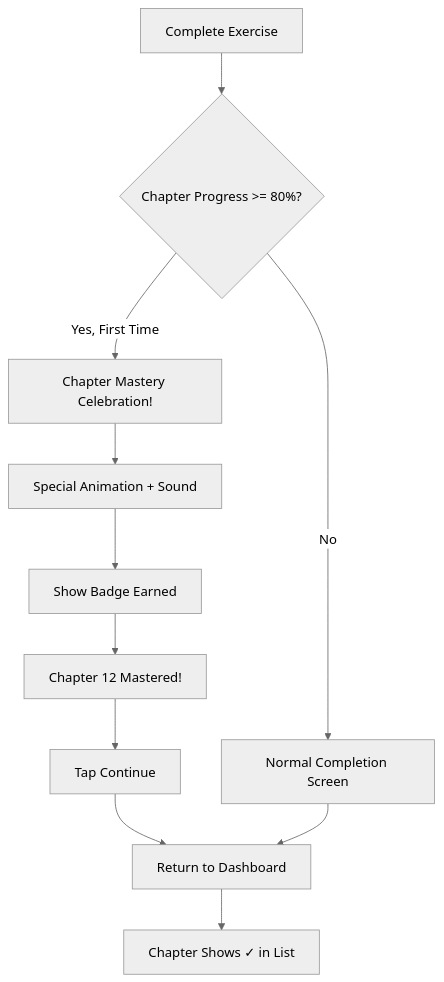
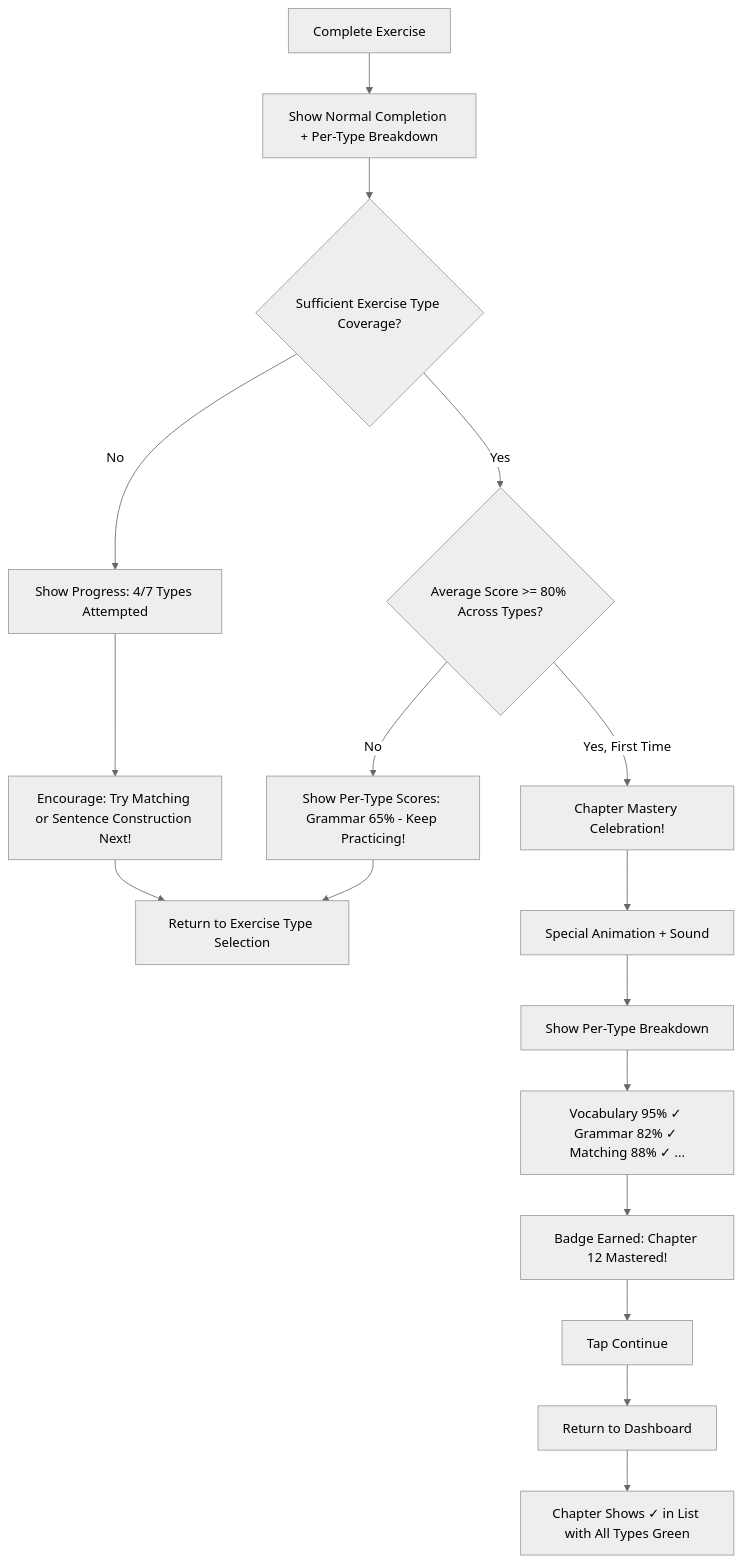
Before and after one commit to max8989/dangdai-app: the fourth of 5 diagrams in _bmad-output/planning-artifacts/ux-design-specification.md, drawn with Mermaid (neutral theme). The commit also changed other lines of this file, not shown here.

````diff
--- a/_bmad-output/planning-artifacts/ux-design-specification.md
+++ b/_bmad-output/planning-artifacts/ux-design-specification.md
@@ -683,13 +735,19 @@
 ```mermaid
 flowchart TD
-    A[Complete Exercise] --> B{Chapter Progress >= 80%?}
-    B -->|No| C[Normal Completion Screen]
-    B -->|Yes, First Time| D[Chapter Mastery Celebration!]
-    D --> E[Special Animation + Sound]
-    E --> F[Show Badge Earned]
-    F --> G[Chapter 12 Mastered!]
-    G --> H[Tap Continue]
-    H --> I[Return to Dashboard]
-    C --> I
-    I --> J[Chapter Shows ✓ in List]
+    A[Complete Exercise] --> B[Show Normal Completion + Per-Type Breakdown]
+    B --> C{Sufficient Exercise Type Coverage?}
+    C -->|No| D[Show Progress: 4/7 Types Attempted]
+    C -->|Yes| E{Average Score >= 80% Across Types?}
+    D --> F[Encourage: Try Matching or Sentence Construction Next!]
+    F --> G[Return to Exercise Type Selection]
+    E -->|No| H[Show Per-Type Scores: Grammar 65% - Keep Practicing!]
+    H --> G
+    E -->|Yes, First Time| I[Chapter Mastery Celebration!]
+    I --> J[Special Animation + Sound]
+    J --> K[Show Per-Type Breakdown]
+    K --> L[Vocabulary 95% ✓ Grammar 82% ✓ Matching 88% ✓ ...]
+    L --> M[Badge Earned: Chapter 12 Mastered!]
+    M --> N[Tap Continue]
+    N --> O[Return to Dashboard]
+    O --> P[Chapter Shows ✓ in List with All Types Green]
 ```
````
